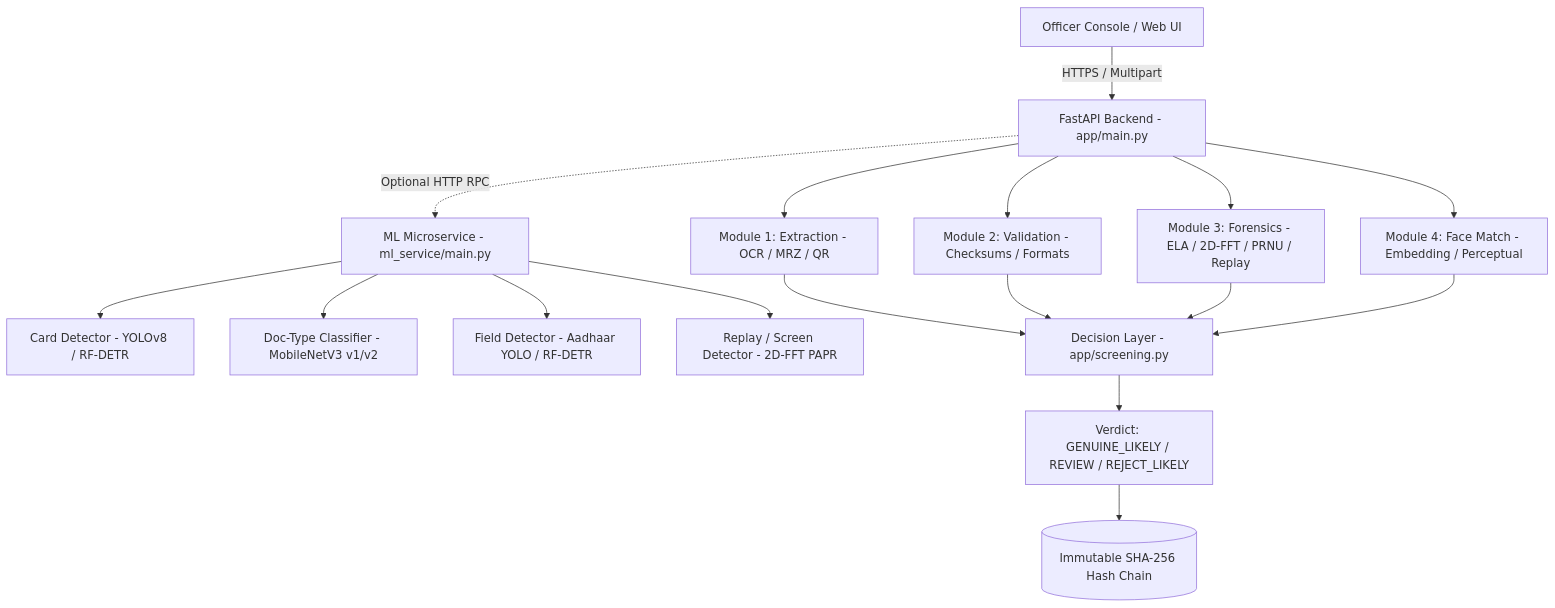
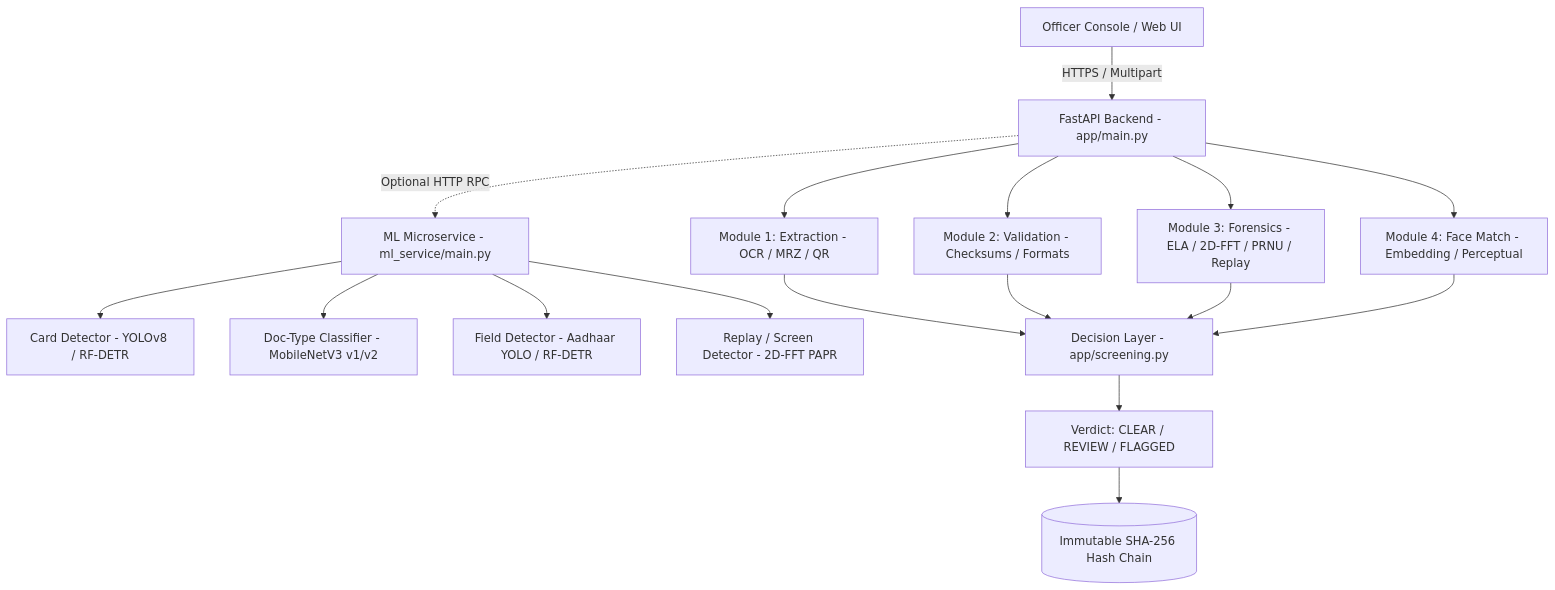
The diagram in README.md (dikhyantsatpathy-ui/Vibe-Check-point), drawn with Mermaid before and after one commit. The commit also changed other lines of this file and 5 other files, not shown here.

````diff
--- a/README.md
+++ b/README.md
@@ -83,22 +81,22 @@
 ```mermaid
 graph TD
     Client[Officer Console / Web UI] -->|HTTPS / Multipart| API[FastAPI Backend - app/main.py]
     API --> M1[Module 1: Extraction - OCR / MRZ / QR]
     API --> M2[Module 2: Validation - Checksums / Formats]
     API --> M3[Module 3: Forensics - ELA / 2D-FFT / PRNU / Replay]
     API --> M4[Module 4: Face Match - Embedding / Perceptual]
     
     API -.->|Optional HTTP RPC| MLSvc[ML Microservice - ml_service/main.py]
     MLSvc --> CardDet[Card Detector - YOLOv8 / RF-DETR]
     MLSvc --> DocType[Doc-Type Classifier - MobileNetV3 v1/v2]
     MLSvc --> FieldDet[Field Detector - Aadhaar YOLO / RF-DETR]
     MLSvc --> ReplayDet[Replay / Screen Detector - 2D-FFT PAPR]
     
     M1 --> DecLayer[Decision Layer - app/screening.py]
     M2 --> DecLayer
     M3 --> DecLayer
     M4 --> DecLayer
     
-    DecLayer --> Decision[Verdict: GENUINE_LIKELY / REVIEW / REJECT_LIKELY]
+    DecLayer --> Decision[Verdict: CLEAR / REVIEW / FLAGGED]
     Decision --> Ledger[(Immutable SHA-256 Hash Chain)]
 ```
````
